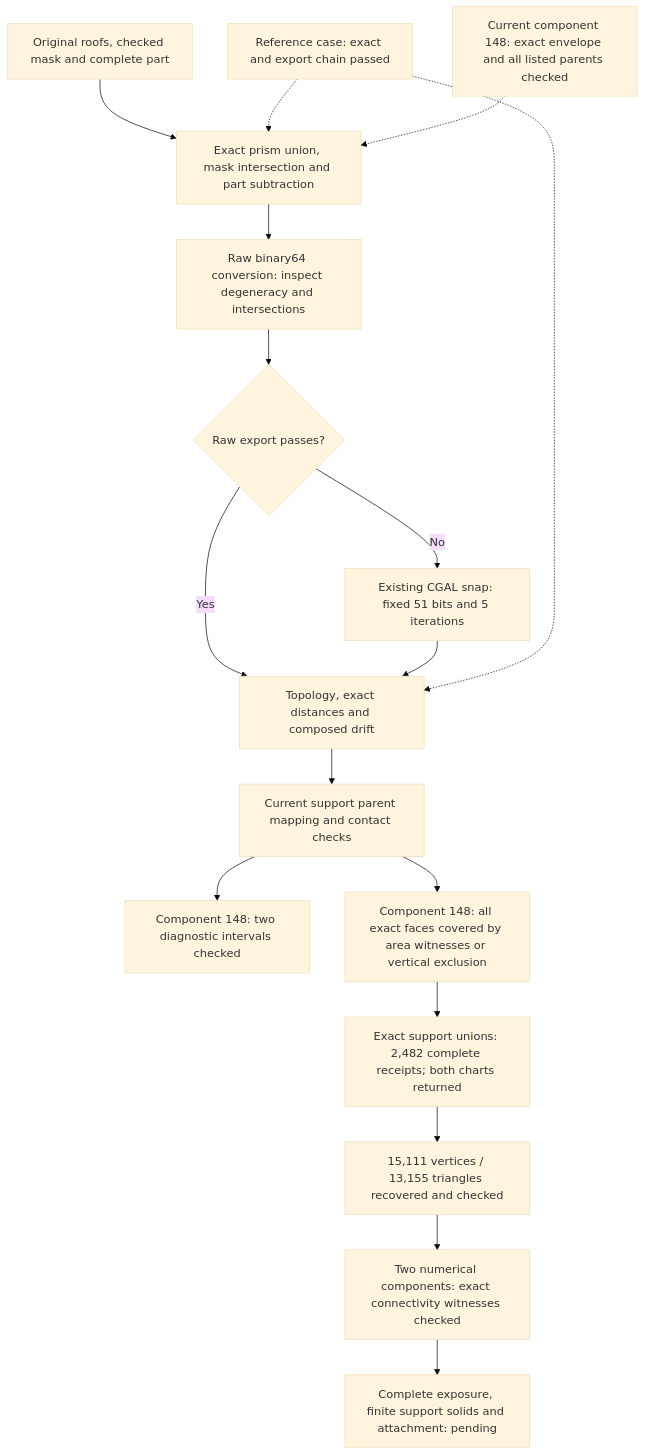
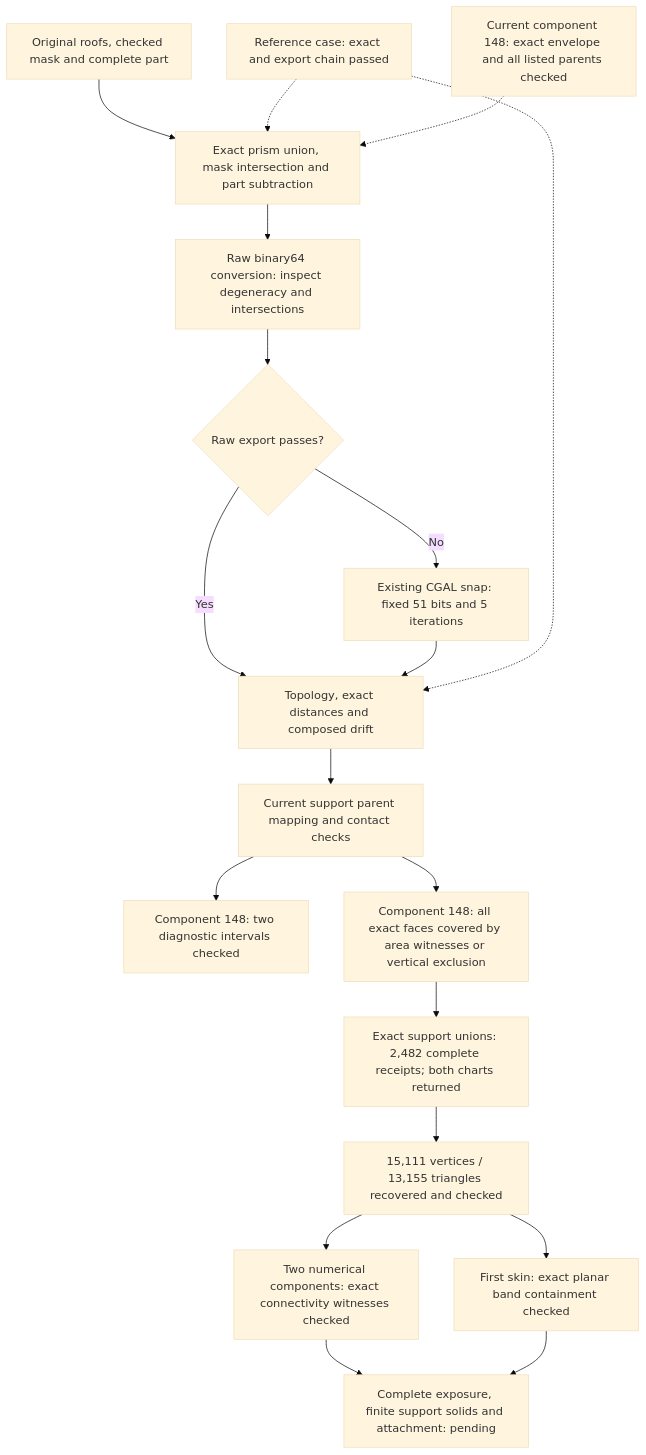
Before and after one commit to cluster2600/porscheparts: the diagram in docs/reports/carrier-current-support-projection-20261107.md, drawn with Mermaid (base theme). The commit also changed other lines of this file and 3 other files, not shown here.

Commit message:
Record exact support-band check and H10 domain exhaustion

````diff
--- a/docs/reports/carrier-current-support-projection-20261107.md
+++ b/docs/reports/carrier-current-support-projection-20261107.md
@@ -483,19 +516,21 @@
 ```mermaid
 flowchart TB
     INPUT["Original roofs, checked mask and complete part"] --> EXACT["Exact prism union, mask intersection and part subtraction"]
     EXACT --> RAW["Raw binary64 conversion: inspect degeneracy and intersections"]
     RAW --> EXPORT{"Raw export passes?"}
     EXPORT -->|"No"| SNAP["Existing CGAL snap: fixed 51 bits and 5 iterations"]
     EXPORT -->|"Yes"| CHECK
     SNAP --> CHECK["Topology, exact distances and composed drift"]
     CHECK --> CONTACT["Current support parent mapping and contact checks"]
     CONTACT --> SECTION["Component 148: two diagnostic intervals checked"]
     CONTACT --> FULL["Component 148: all exact faces covered by area witnesses or vertical exclusion"]
     FULL --> UNIONS["Exact support unions: 2,482 complete receipts; both charts returned"]
     UNIONS --> SHEETS["15,111 vertices / 13,155 triangles recovered and checked"]
     SHEETS --> GRAPH["Two numerical components: exact connectivity witnesses checked"]
+    SHEETS --> BAND["First skin: exact planar band containment checked"]
     GRAPH --> MATERIAL["Complete exposure, finite support solids and attachment: pending"]
+    BAND --> MATERIAL
     CONTROL["Reference case: exact and export chain passed"] -.-> EXACT
     CONTROL -.-> CHECK
     CURRENT["Current component 148: exact envelope and all listed parents checked"] -.-> EXACT
 ```
````
